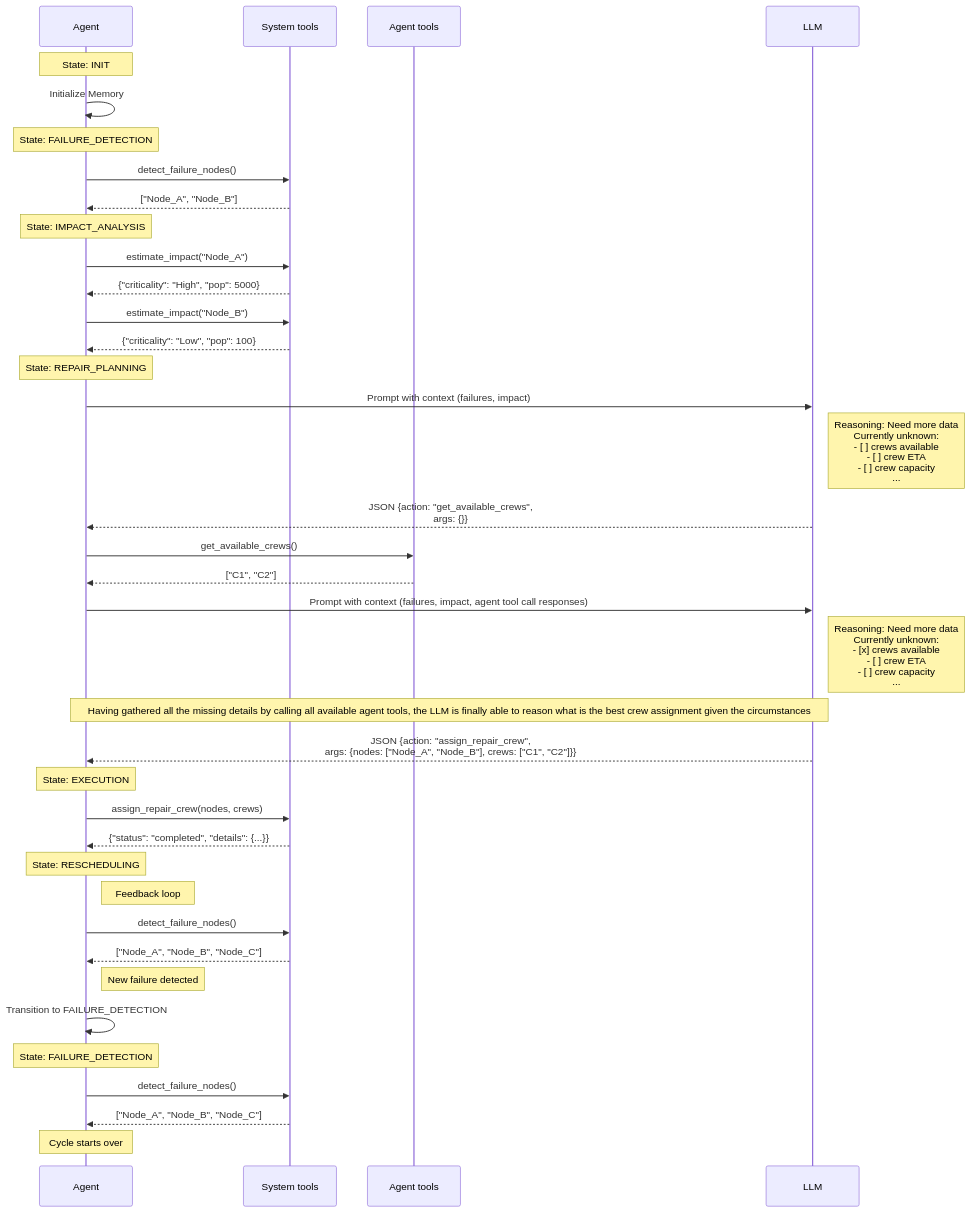
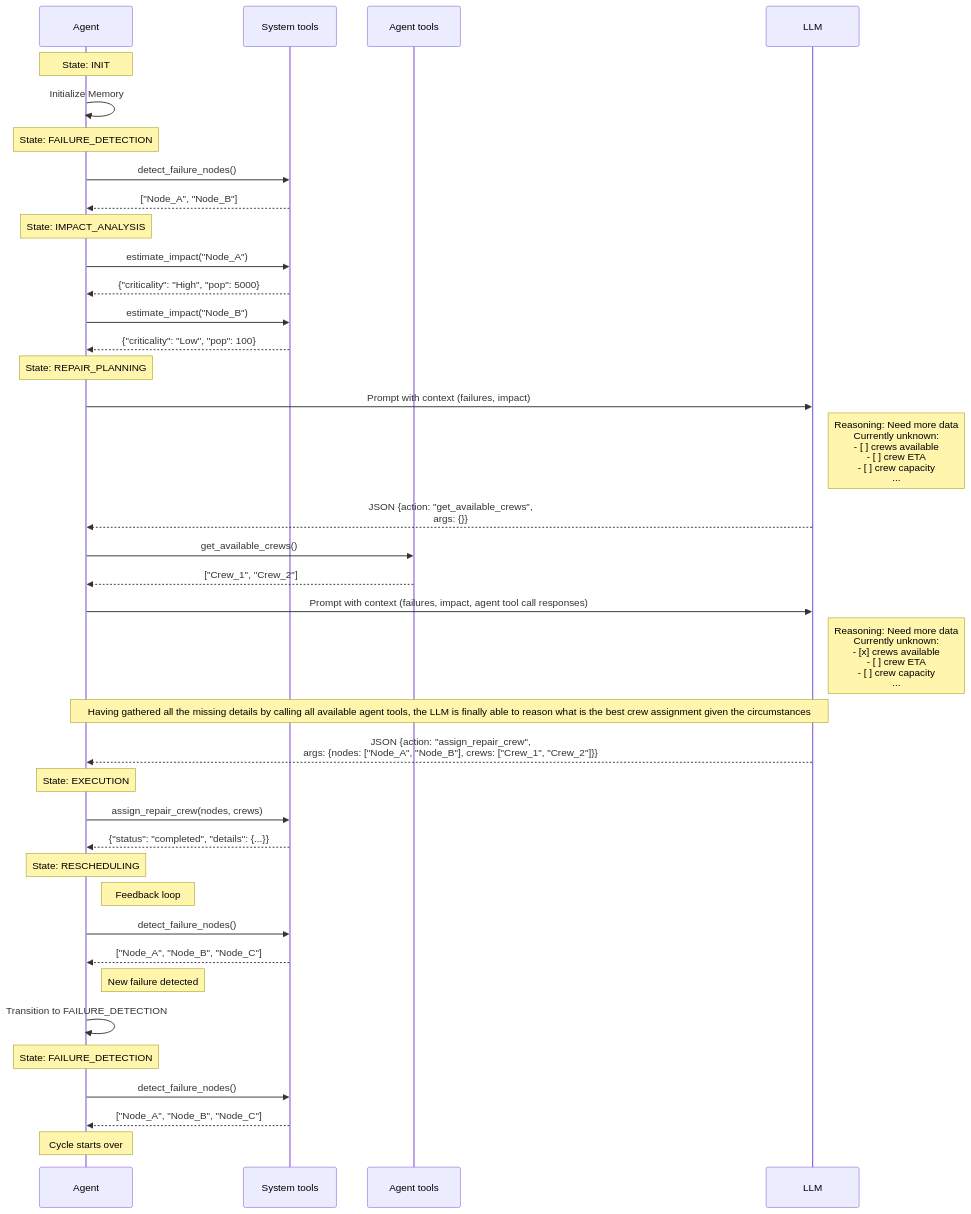
Before and after one commit to esaounkine/uop-aa-ex2: the second of 2 diagrams in docs/TEAM_REPORT.md, drawn with Mermaid. The commit also changed other lines of this file, not shown here.

````diff
--- a/docs/TEAM_REPORT.md
+++ b/docs/TEAM_REPORT.md
@@ -142,52 +142,52 @@
 ```mermaid
 sequenceDiagram
     participant Agent
     participant ST as System tools
     participant AT as Agent tools
     participant LLM
 
     Note over Agent: State: INIT
     Agent->>Agent: Initialize Memory
 
     Note over Agent: State: FAILURE_DETECTION
     Agent->>ST: detect_failure_nodes()
     ST-->>Agent: ["Node_A", "Node_B"]
 
     Note over Agent: State: IMPACT_ANALYSIS
     Agent->>ST: estimate_impact("Node_A")
     ST-->>Agent: {"criticality": "High", "pop": 5000}
     Agent->>ST: estimate_impact("Node_B")
     ST-->>Agent: {"criticality": "Low", "pop": 100}
 
     Note over Agent: State: REPAIR_PLANNING
     Agent->>LLM: Prompt with context (failures, impact)
 
     Note right of LLM: Reasoning: Need more data<br/>Currently unknown:<br/>- [ ] crews available<br/>- [ ] crew ETA<br/>- [ ] crew capacity<br/>...
     
     LLM-->>Agent: JSON {action: "get_available_crews", <br/>args: {}}
     Agent->>AT: get_available_crews()
-    AT-->>Agent: ["C1", "C2"]
+    AT-->>Agent: ["Crew_1", "Crew_2"]
     Agent->>LLM: Prompt with context (failures, impact, agent tool call responses)
     Note right of LLM: Reasoning: Need more data<br/>Currently unknown:<br/>- [x] crews available<br/>- [ ] crew ETA<br/>- [ ] crew capacity<br/>...
 
     Note over Agent, LLM: Having gathered all the missing details by calling all available agent tools, the LLM is finally able to reason what is the best crew assignment given the circumstances
 
-    LLM-->>Agent: JSON {action: "assign_repair_crew", <br/>args: {nodes: ["Node_A", "Node_B"], crews: ["C1", "C2"]}}
+    LLM-->>Agent: JSON {action: "assign_repair_crew", <br/>args: {nodes: ["Node_A", "Node_B"], crews: ["Crew_1", "Crew_2"]}}
 
     Note over Agent: State: EXECUTION
     Agent->>ST: assign_repair_crew(nodes, crews)
     ST-->>Agent: {"status": "completed", "details": {...}}
 
     Note over Agent: State: RESCHEDULING
     Note right of Agent: Feedback loop
     Agent->>ST: detect_failure_nodes()
     ST-->>Agent: ["Node_A", "Node_B", "Node_C"]
     
     Note right of Agent: New failure detected
     Agent->>Agent: Transition to FAILURE_DETECTION
 
     Note over Agent: State: FAILURE_DETECTION
     Agent->>ST: detect_failure_nodes()
     ST-->>Agent: ["Node_A", "Node_B", "Node_C"]
     Note over Agent: Cycle starts over
 ```
````
